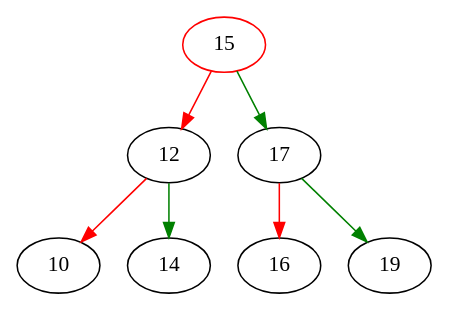
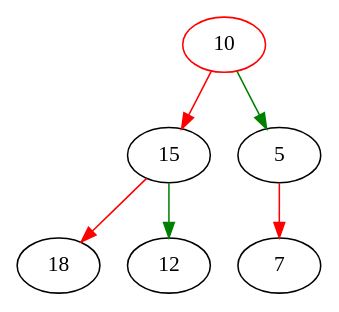
Before and after one commit to bsdshell/java: the diagram in bintree.gv, drawn with Graphviz. The commit also changed 43 other files, not shown here.

```diff
--- a/bintree.gv
+++ b/bintree.gv
@@ -1,9 +1,8 @@
 digraph G{
-15[color=red];
-15->12[color=red];
-12->10[color=red];
-12->14[color=green];
-15->17[color=green];
-17->16[color=red];
-17->19[color=green];
+10[color=red];
+10->15[color=red];
+15->18[color=red];
+15->12[color=green];
+10->5[color=green];
+5->7[color=red];
 }
```
